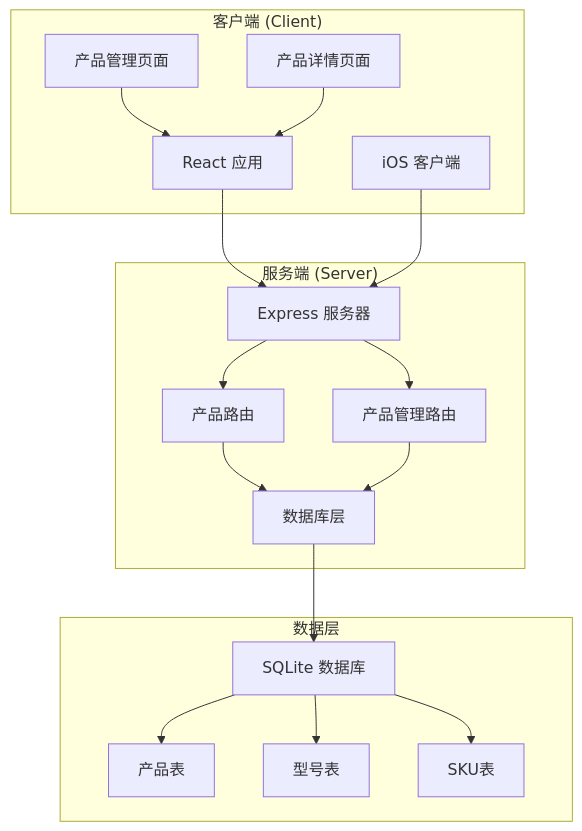
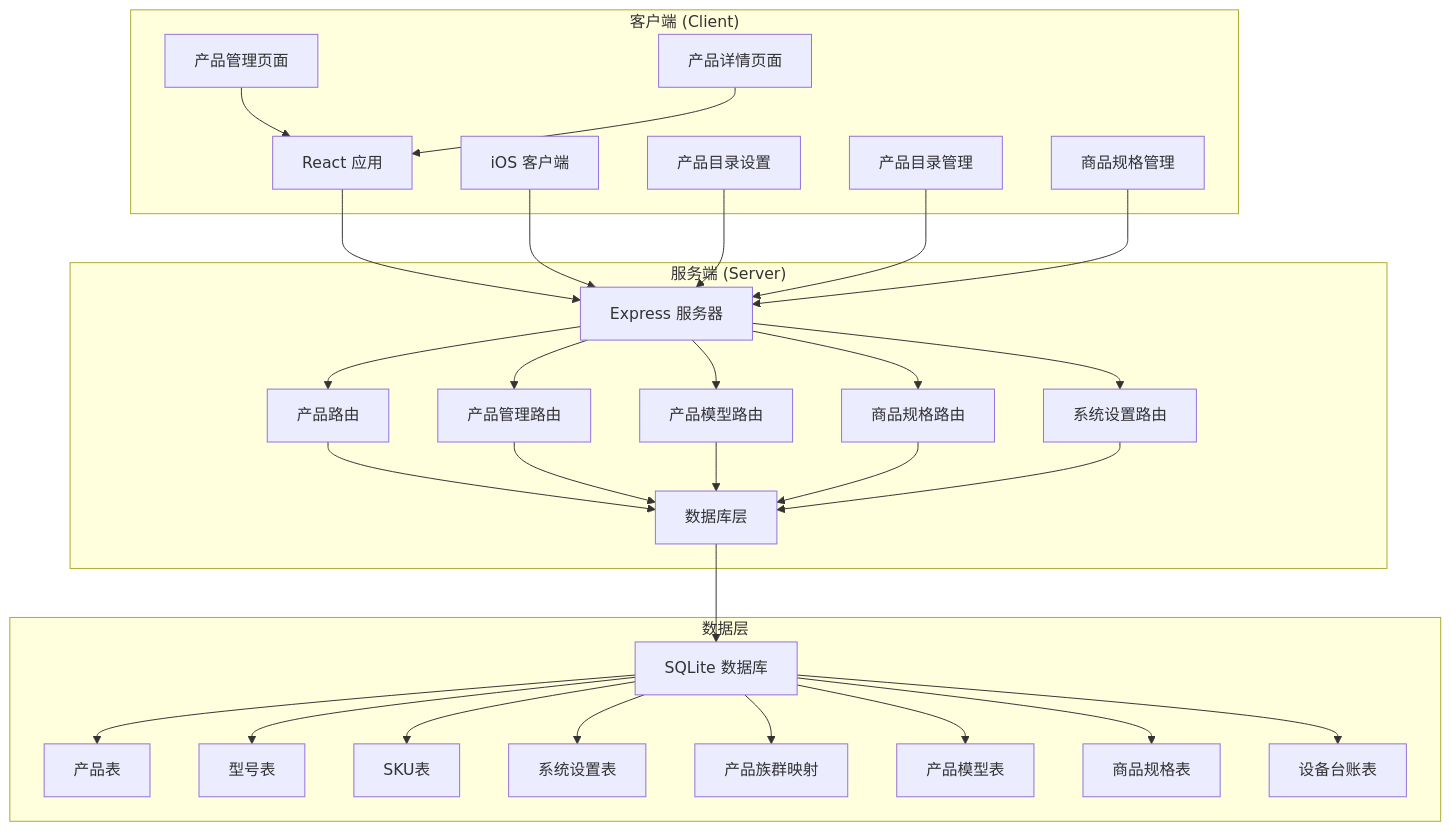
One commit to CubeEdge/Longhorn changed the first of 16 diagrams in .qoder/repowiki/zh/content/前端组件架构/产品管理界面/三层产品架构.md. Above: the diagram before and after it, drawn with Mermaid. The commit also changed other lines of this file and 53 other files, not shown here.

````diff
--- a/.qoder/repowiki/zh/content/前端组件架构/产品管理界面/三层产品架构.md
+++ b/.qoder/repowiki/zh/content/前端组件架构/产品管理界面/三层产品架构.md
@@ -52,33 +82,58 @@
 ```mermaid
 graph TB
 subgraph "客户端 (Client)"
 A[React 应用]
 B[产品管理页面]
 C[产品详情页面]
 D[iOS 客户端]
+E[产品目录设置]
+F[产品目录管理]
+G[商品规格管理]
 end
 subgraph "服务端 (Server)"
-E[Express 服务器]
-F[产品路由]
-G[产品管理路由]
-H[数据库层]
+H[Express 服务器]
+I[产品路由]
+J[产品管理路由]
+K[产品模型路由]
+L[商品规格路由]
+M[系统设置路由]
+N[数据库层]
 end
 subgraph "数据层"
-I[SQLite 数据库]
-J[产品表]
-K[型号表]
-L[SKU表]
+O[SQLite 数据库]
+P[产品表]
+Q[型号表]
+R[SKU表]
+S[系统设置表]
+T[产品族群映射]
+U[产品模型表]
+V[商品规格表]
+W[设备台账表]
 end
-A --> E
+A --> H
 B --> A
 C --> A
-D --> E
-E --> F
-E --> G
+D --> H
+E --> H
 F --> H
 G --> H
 H --> I
-I --> J
-I --> K
-I --> L
+H --> J
+H --> K
+H --> L
+H --> M
+I --> N
+J --> N
+K --> N
+L --> N
+M --> N
+N --> O
+O --> P
+O --> Q
+O --> R
+O --> S
+O --> T
+O --> U
+O --> V
+O --> W
 ```
````
